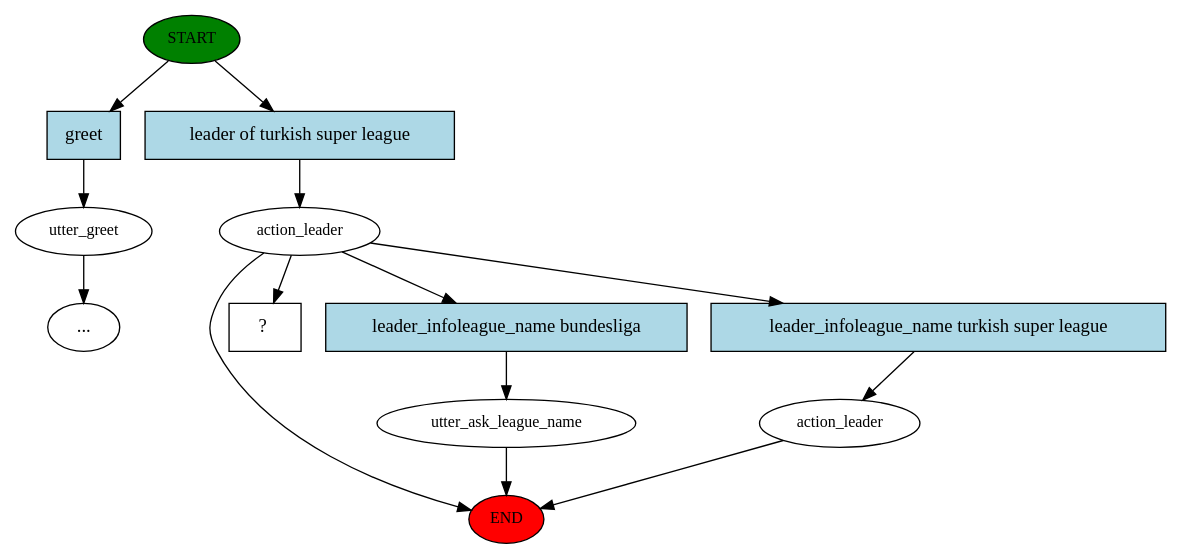
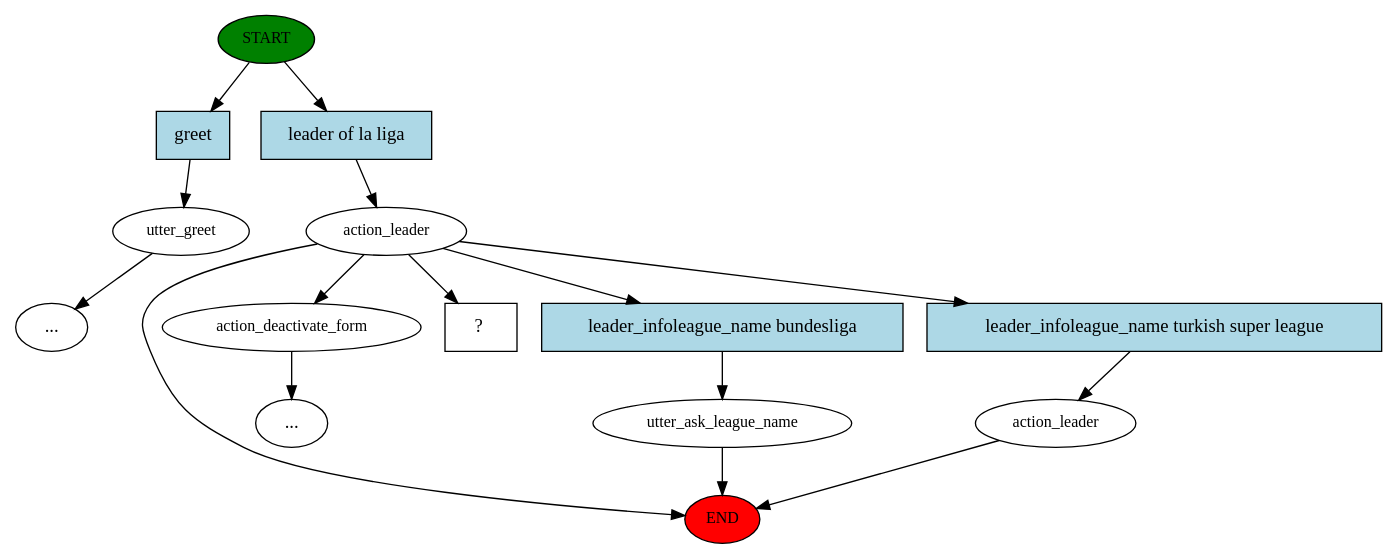
Before and after one commit to cemsinano/SoccerBot: the diagram in story_graph.dot, drawn with Graphviz. The commit also changed 9 other files, not shown here.

```diff
--- a/story_graph.dot
+++ b/story_graph.dot
@@ -1,27 +1,31 @@
 digraph  {
 0 [class="start active", fillcolor=green, fontsize=12, label=START, style=filled];
 "-1" [class=end, fillcolor=red, fontsize=12, label=END, style=filled];
 1 [class="", fontsize=12, label=utter_greet];
-"-5" [class=ellipsis, label="..."];
 4 [class=active, fontsize=12, label=action_leader];
 5 [class="", fontsize=12, label=utter_ask_league_name];
 8 [class="", fontsize=12, label=action_leader];
-10 [class="intent dashed active", label="  ?  ", shape=rect];
-11 [class=intent, fillcolor=lightblue, label=greet, shape=rect, style=filled];
-12 [class="intent active", fillcolor=lightblue, label="leader of turkish super league", shape=rect, style=filled];
-13 [class=intent, fillcolor=lightblue, label="leader_infoleague_name bundesliga", shape=rect, style=filled];
-14 [class=intent, fillcolor=lightblue, label="leader_infoleague_name turkish super league", shape=rect, style=filled];
-0 -> 11  [class="", key=0];
-0 -> 12  [class=active, key=0];
-1 -> "-5"  [class="", key=NONE, label=""];
+"-7" [class=ellipsis, label="..."];
+12 [class="", fontsize=12, label=action_deactivate_form];
+"-8" [class=ellipsis, label="..."];
+14 [class="intent dashed active", label="  ?  ", shape=rect];
+15 [class=intent, fillcolor=lightblue, label=greet, shape=rect, style=filled];
+16 [class="intent active", fillcolor=lightblue, label="leader of la liga", shape=rect, style=filled];
+17 [class=intent, fillcolor=lightblue, label="leader_infoleague_name bundesliga", shape=rect, style=filled];
+18 [class=intent, fillcolor=lightblue, label="leader_infoleague_name turkish super league", shape=rect, style=filled];
+0 -> 15  [class="", key=0];
+0 -> 16  [class=active, key=0];
+1 -> "-7"  [class="", key=NONE, label=""];
 4 -> "-1"  [class="", key=NONE, label=""];
-4 -> 10  [class=active, key=NONE, label=""];
-4 -> 13  [class="", key=0];
-4 -> 14  [class="", key=0];
+4 -> 12  [class="", key=NONE, label=""];
+4 -> 14  [class=active, key=NONE, label=""];
+4 -> 17  [class="", key=0];
+4 -> 18  [class="", key=0];
 5 -> "-1"  [class="", key=NONE, label=""];
 8 -> "-1"  [class="", key=NONE, label=""];
-11 -> 1  [class="", key=0];
-12 -> 4  [class=active, key=0];
-13 -> 5  [class="", key=0];
-14 -> 8  [class="", key=0];
+12 -> "-8"  [class="", key=NONE, label=""];
+15 -> 1  [class="", key=0];
+16 -> 4  [class=active, key=0];
+17 -> 5  [class="", key=0];
+18 -> 8  [class="", key=0];
 }
```
